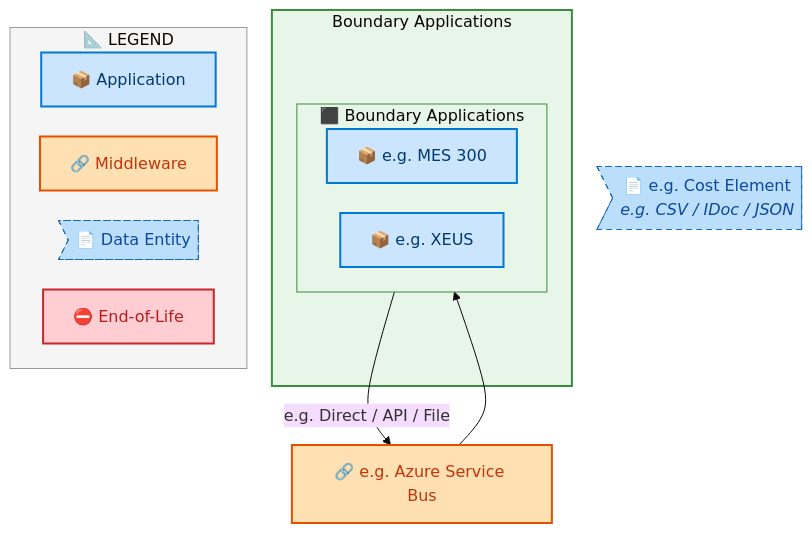
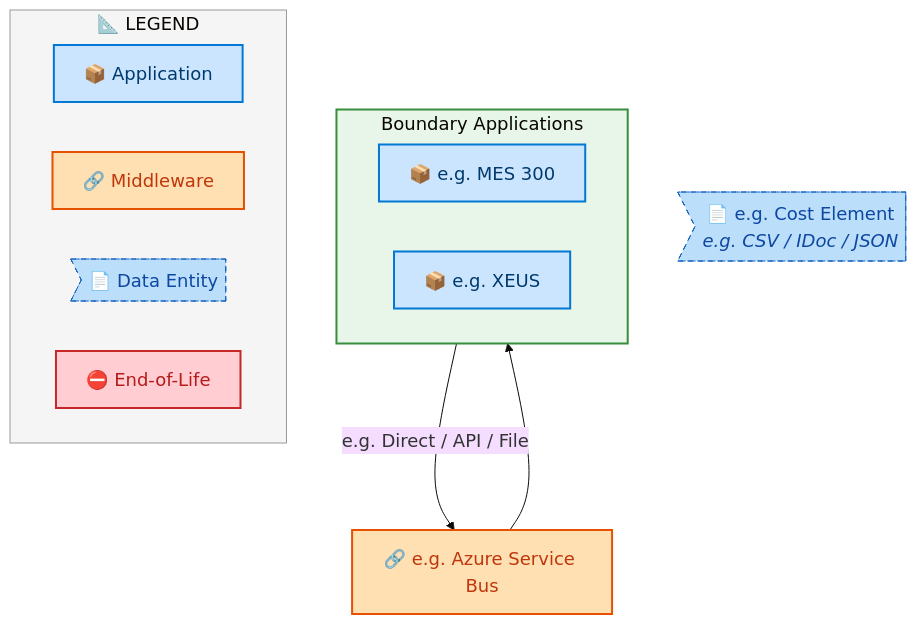
Before and after one commit to sajivfrancis777/IAO-Architecture: the tenth of 12 diagrams in towers/E2E/Procure to Pay/E2E-49/output/docs/systems-architecture/E2E-49-Architecture.md, drawn with Mermaid. The commit also changed other lines of this file and 251 other files, not shown here.

````diff
--- a/towers/E2E/Procure to Pay/E2E-49/output/docs/systems-architecture/E2E-49-Architecture.md
+++ b/towers/E2E/Procure to Pay/E2E-49/output/docs/systems-architecture/E2E-49-Architecture.md
@@ -1093,40 +1090,37 @@
 ```mermaid
-%%{init: {"theme": "base", "securityLevel": "loose", "themeVariables": {"fontSize": "16px", "fontFamily": "Segoe UI, Arial, sans-serif"}, "flowchart": {"useMaxWidth": false, "htmlLabels": true, "nodeSpacing": 30, "rankSpacing": 35}} }%%
+%%{init: {"theme": "base", "securityLevel": "loose", "themeVariables": {"fontSize": "18px", "fontFamily": "Segoe UI, Arial, sans-serif"}, "flowchart": {"useMaxWidth": false, "htmlLabels": true, "nodeSpacing": 50, "rankSpacing": 60}} }%%
 flowchart TB
     %% -- ArchiMate 3.2 + Azure style classes --
     classDef business      fill:#FFFFB3,stroke:#F9A825,stroke-width:2px,color:#000
     classDef app           fill:#CCE5FF,stroke:#0078D4,stroke-width:2px,color:#003A6C
     classDef data          fill:#BBDEFB,stroke:#1565C0,stroke-width:1px,color:#0D47A1,stroke-dasharray: 5 5
     classDef middleware    fill:#FFE0B2,stroke:#E65100,stroke-width:2px,color:#BF360C
     classDef eol           fill:#FFCDD2,stroke:#C62828,stroke-width:2px,color:#B71C1C
     classDef saas          fill:#E1BEE7,stroke:#7B1FA2,stroke-width:2px,color:#4A148C
     classDef cloud         fill:#BBDEFB,stroke:#1565C0,stroke-width:2px,color:#0D47A1
     classDef onprem        fill:#C8E6C9,stroke:#2E7D32,stroke-width:2px,color:#1B5E20
 
-    subgraph E2E49FT_Boundary_Applications["Boundary Applications"]
-        subgraph E2E49FLN_Boundary_Applications[" ⬛ Boundary Applications"]
-            direction LR
-            E2E49F_e_g_MES_300["📦 e.g. MES 300"]:::app
-            E2E49F_e_g_XEUS["📦 e.g. XEUS"]:::app
-        end
+    subgraph E2E49FLN_Boundary_Applications[" Boundary Applications"]
+        direction LR
+        E2E49F_e_g_MES_300["📦 e.g. MES 300"]:::app
+        E2E49F_e_g_XEUS["📦 e.g. XEUS"]:::app
     end
 
     E2E49FMW_e_g_Azure_Service_Bus["🔗 e.g. Azure Service Bus"]:::middleware
     E2E49FDE_e_g_Cost_Element>"📄 e.g. Cost Element<br/><i>e.g. CSV / IDoc / JSON</i>"]:::data
 
     E2E49F_e_g_MES_300 -->|"e.g. Direct / API / File"| E2E49FMW_e_g_Azure_Service_Bus
     E2E49FMW_e_g_Azure_Service_Bus --> E2E49F_e_g_XEUS
 
 
-    style E2E49FT_Boundary_Applications fill:#E8F5E9,stroke:#388E3C,stroke-width:2px
-    style E2E49FLN_Boundary_Applications fill:#E8F5E9,stroke:#388E3C,stroke-width:1px
+    style E2E49FLN_Boundary_Applications fill:#E8F5E9,stroke:#388E3C,stroke-width:2px
 
     subgraph Legend["📐 LEGEND"]
         direction LR
         L_APP["📦 Application"]:::app
         L_MW["🔗 Middleware"]:::middleware
         L_DE>"📄 Data Entity"]:::data
         L_EOL["⛔ End-of-Life"]:::eol
     end
     style Legend fill:#F5F5F5,stroke:#999,stroke-width:1px
 ```
````
